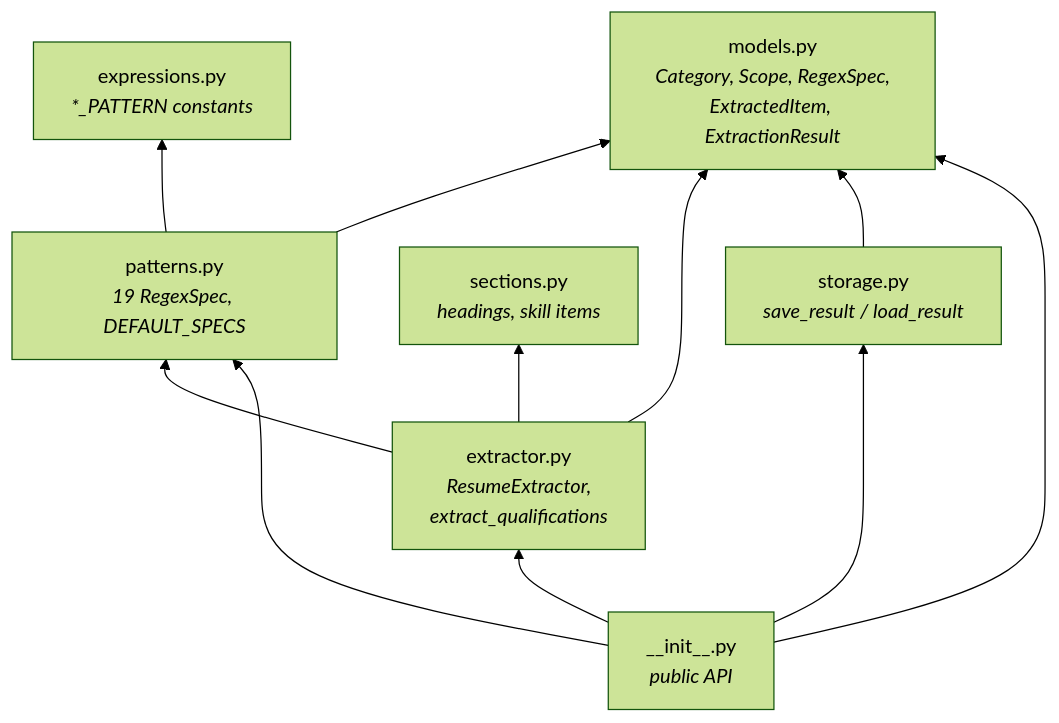
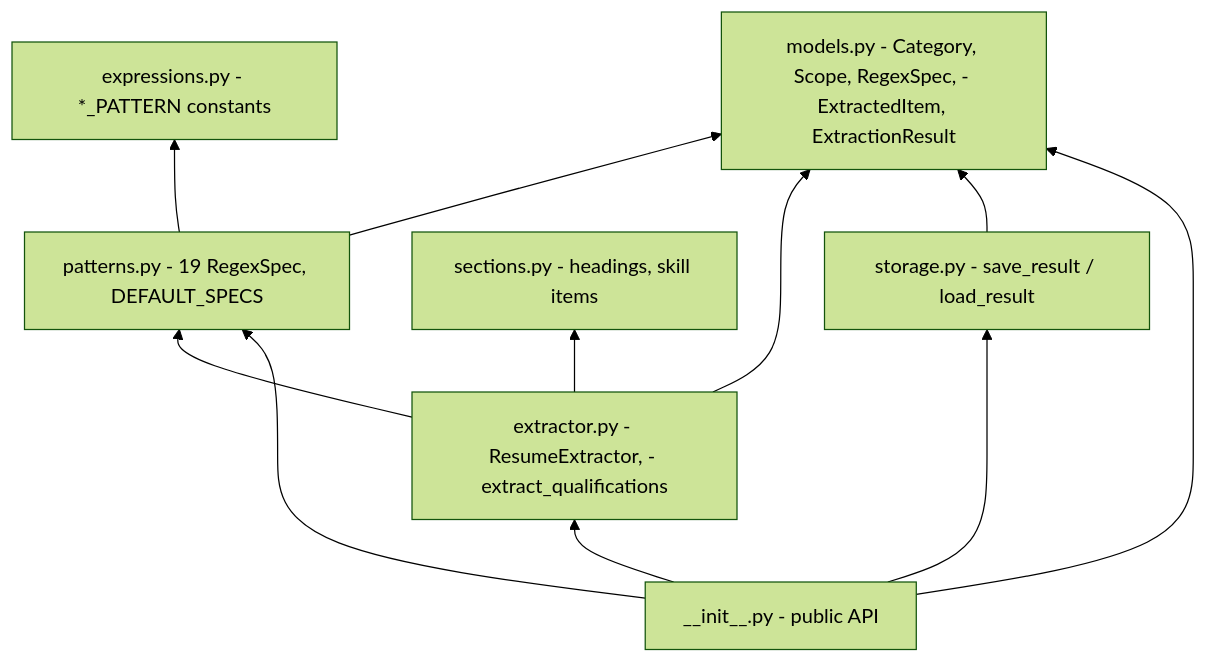
The fourth of 39 diagrams in docs/stage1_regex.md (JuanJoe-18/DiscreteIII-Integrative-Task-VictorTeam), drawn with Mermaid (forest theme) before and after one commit. The commit also changed other lines of this file, not shown here.

Commit message:
fix: stage1_regex.md updated

````diff
--- a/docs/stage1_regex.md
+++ b/docs/stage1_regex.md
@@ -137,20 +137,20 @@
 ```mermaid
 flowchart BT
-    expressions["expressions.py<br/><i>*_PATTERN constants</i>"]
-    models["models.py<br/><i>Category, Scope, RegexSpec,<br/>ExtractedItem, ExtractionResult</i>"]
-    patterns["patterns.py<br/><i>19 RegexSpec, DEFAULT_SPECS</i>"]
-    sections["sections.py<br/><i>headings, skill items</i>"]
-    extractor["extractor.py<br/><i>ResumeExtractor,<br/>extract_qualifications</i>"]
-    storage["storage.py<br/><i>save_result / load_result</i>"]
-    init["__init__.py<br/><i>public API</i>"]
+    expressions["expressions.py - *_PATTERN constants"]
+    models["models.py - Category, Scope, RegexSpec, - ExtractedItem, ExtractionResult"]
+    patterns["patterns.py - 19 RegexSpec, DEFAULT_SPECS"]
+    sections["sections.py - headings, skill items"]
+    extractor["extractor.py - ResumeExtractor, - extract_qualifications"]
+    storage["storage.py - save_result / load_result"]
+    init["__init__.py - public API"]
     patterns --> expressions
     patterns --> models
     extractor --> patterns
     extractor --> models
     extractor --> sections
     storage --> models
     init --> extractor
     init --> patterns
     init --> models
     init --> storage
 ```
````
